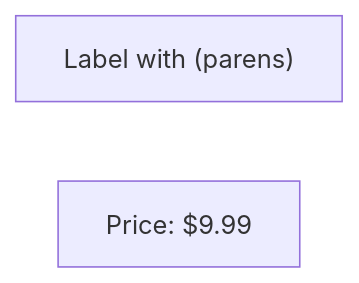
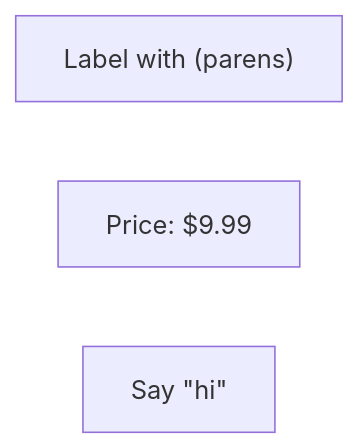
Before and after one commit to mitch-avis/agent-skills: the seventh of 13 diagrams in mermaid/SKILL.md, drawn with Mermaid. The commit also changed other lines of this file and 8 other files, not shown here.

````diff
--- a/mermaid/SKILL.md
+++ b/mermaid/SKILL.md
@@ -179,5 +180,6 @@
 ```mermaid
 flowchart LR
     A["Label with (parens)"]
     B["Price: $9.99"]
+    C["Say #quot;hi#quot;"]
 ```
````
